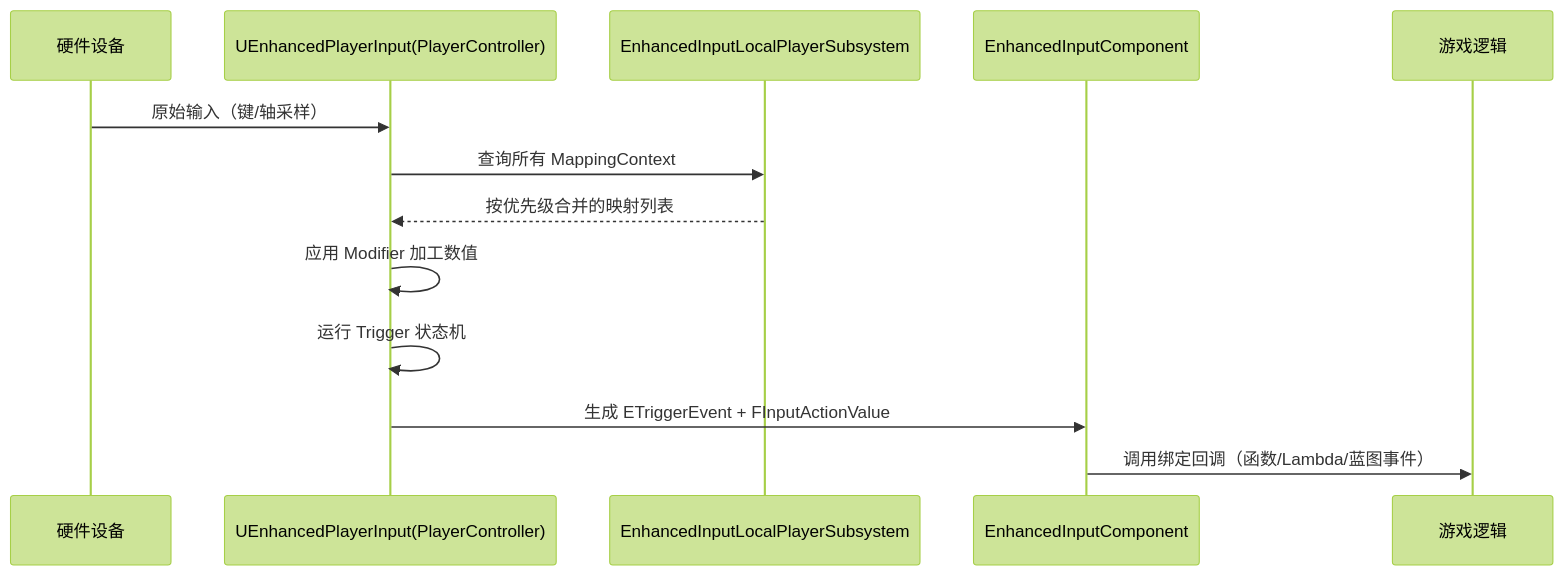
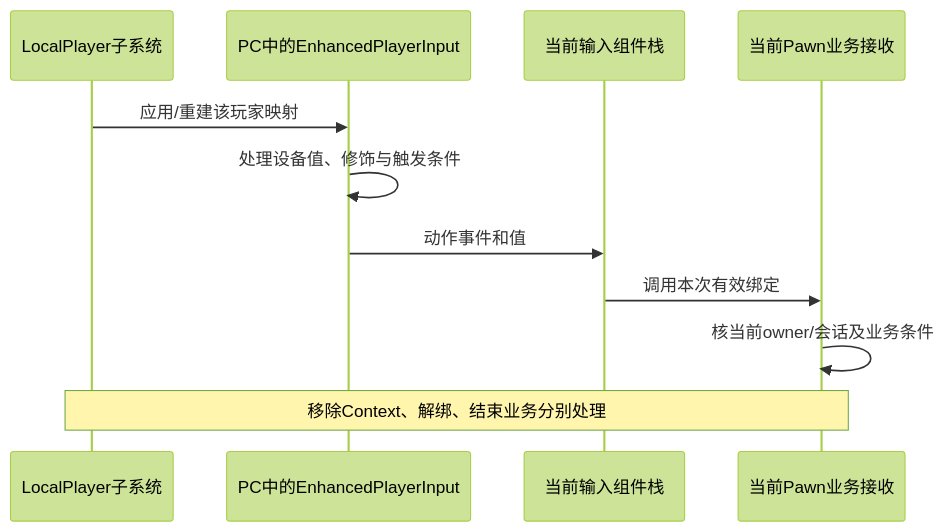
One commit to fantuan812/learning changed the third of 3 diagrams in 知识/05-Gameplay与交互系统/输入移动与交互/02-EnhancedInput增强输入.md. Above: the diagram before and after it, drawn with Mermaid (forest theme). The commit also changed other lines of this file and 1 other file, not shown here.

````diff
--- a/知识/05-Gameplay与交互系统/输入移动与交互/02-EnhancedInput增强输入.md
+++ b/知识/05-Gameplay与交互系统/输入移动与交互/02-EnhancedInput增强输入.md
@@ -156,16 +190,13 @@
 ```mermaid
 sequenceDiagram
-    participant H as 硬件设备
-    participant PI as UEnhancedPlayerInput(PlayerController)
-    participant SUB as EnhancedInputLocalPlayerSubsystem
-    participant EIC as EnhancedInputComponent
-    participant BP as 游戏逻辑
-
-    H->>PI: 原始输入（键/轴采样）
-    PI->>SUB: 查询所有 MappingContext
-    SUB-->>PI: 按优先级合并的映射列表
-    PI->>PI: 应用 Modifier 加工数值
-    PI->>PI: 运行 Trigger 状态机
-    PI->>EIC: 生成 ETriggerEvent + FInputActionValue
-    EIC->>BP: 调用绑定回调（函数/Lambda/蓝图事件）
+    participant L as LocalPlayer子系统
+    participant P as PC中的EnhancedPlayerInput
+    participant C as 当前输入组件栈
+    participant B as 当前Pawn业务接收
+    L->>P: 应用/重建该玩家映射
+    P->>P: 处理设备值、修饰与触发条件
+    P->>C: 动作事件和值
+    C->>B: 调用本次有效绑定
+    B->>B: 核当前owner/会话及业务条件
+    Note over L,B: 移除Context、解绑、结束业务分别处理
 ```
````
